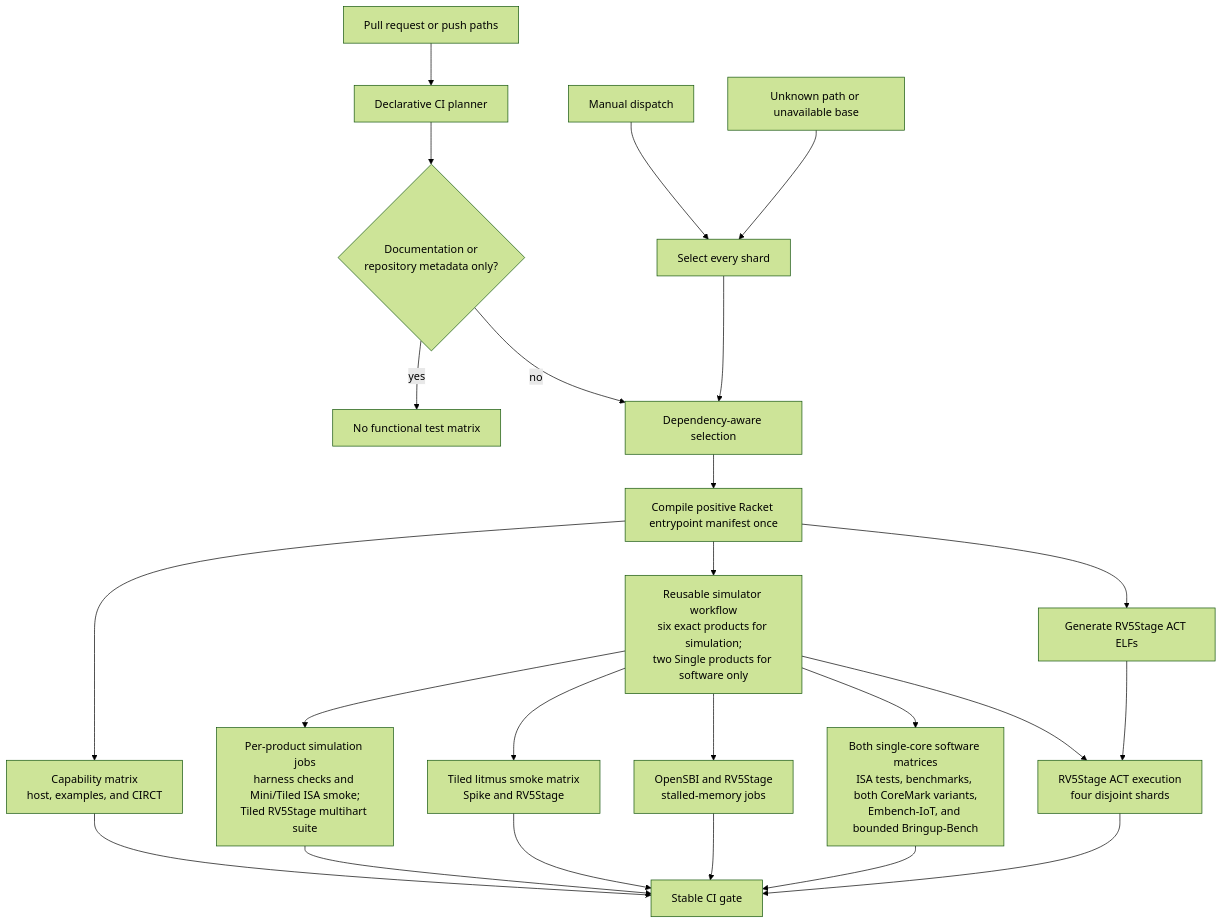
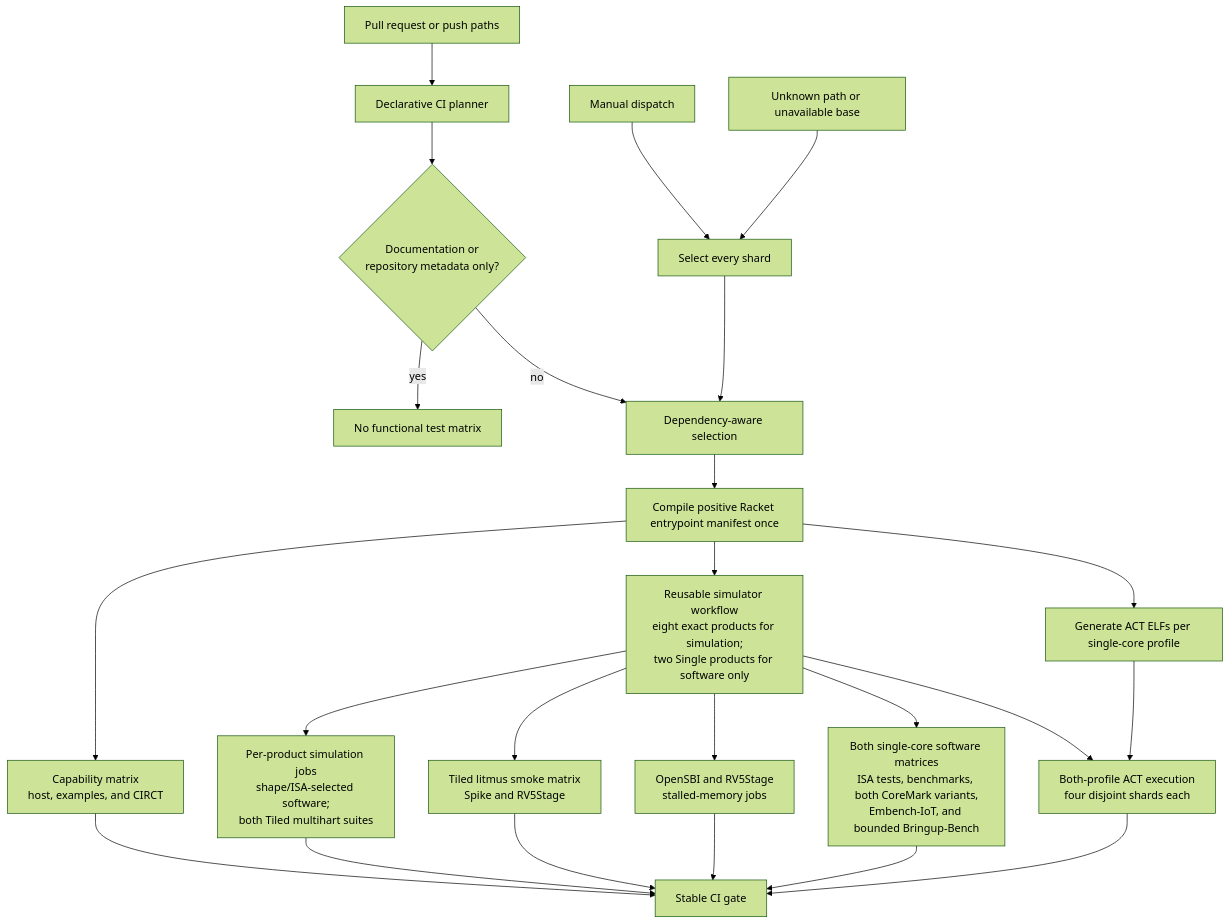
The diagram in tools/testing/DEVELOPING.md (jerryz123/rhodium), drawn with Mermaid (forest theme) before and after one commit. The commit also changed other lines of this file and 28 other files, not shown here.

````diff
--- a/tools/testing/DEVELOPING.md
+++ b/tools/testing/DEVELOPING.md
@@ -90,26 +90,26 @@
 ```mermaid
 flowchart TD
     Changes["Pull request or push paths"] --> Classifier["Declarative CI planner"]
     Manual["Manual dispatch"] --> All["Select every shard"]
     Unknown["Unknown path or unavailable base"] --> All
     Classifier --> Docs{"Documentation or<br/>repository metadata only?"}
     Docs -->|yes| None["No functional test matrix"]
     Docs -->|no| Selected["Dependency-aware selection"]
     All --> Selected
     Selected --> Compile["Compile positive Racket entrypoint manifest once"]
     Compile --> Checks["Capability matrix<br/>host, examples, and CIRCT"]
-    Compile --> Simulators["Reusable simulator workflow<br/>six exact products for simulation;<br/>two Single products for software only"]
-    Simulators --> Simulation["Per-product simulation jobs<br/>harness checks and Mini/Tiled ISA smoke;<br/>Tiled RV5Stage multihart suite"]
+    Compile --> Simulators["Reusable simulator workflow<br/>eight exact products for simulation;<br/>two Single products for software only"]
+    Simulators --> Simulation["Per-product simulation jobs<br/>shape/ISA-selected software;<br/>both Tiled multihart suites"]
     Simulators --> LitmusSmoke["Tiled litmus smoke matrix<br/>Spike and RV5Stage"]
     Simulators --> Qualification["OpenSBI and RV5Stage<br/>stalled-memory jobs"]
     Simulators --> Programs["Both single-core software matrices<br/>ISA tests, benchmarks, both CoreMark variants,<br/>Embench-IoT, and bounded Bringup-Bench"]
-    Compile --> ActBuild["Generate RV5Stage ACT ELFs"]
-    Simulators --> ActRun["RV5Stage ACT execution<br/>four disjoint shards"]
+    Compile --> ActBuild["Generate ACT ELFs per single-core profile"]
+    Simulators --> ActRun["Both-profile ACT execution<br/>four disjoint shards each"]
     ActBuild --> ActRun
     Checks --> Gate["Stable CI gate"]
     Simulation --> Gate
     LitmusSmoke --> Gate
     Qualification --> Gate
     Programs --> Gate
     ActRun --> Gate
 ```
````
